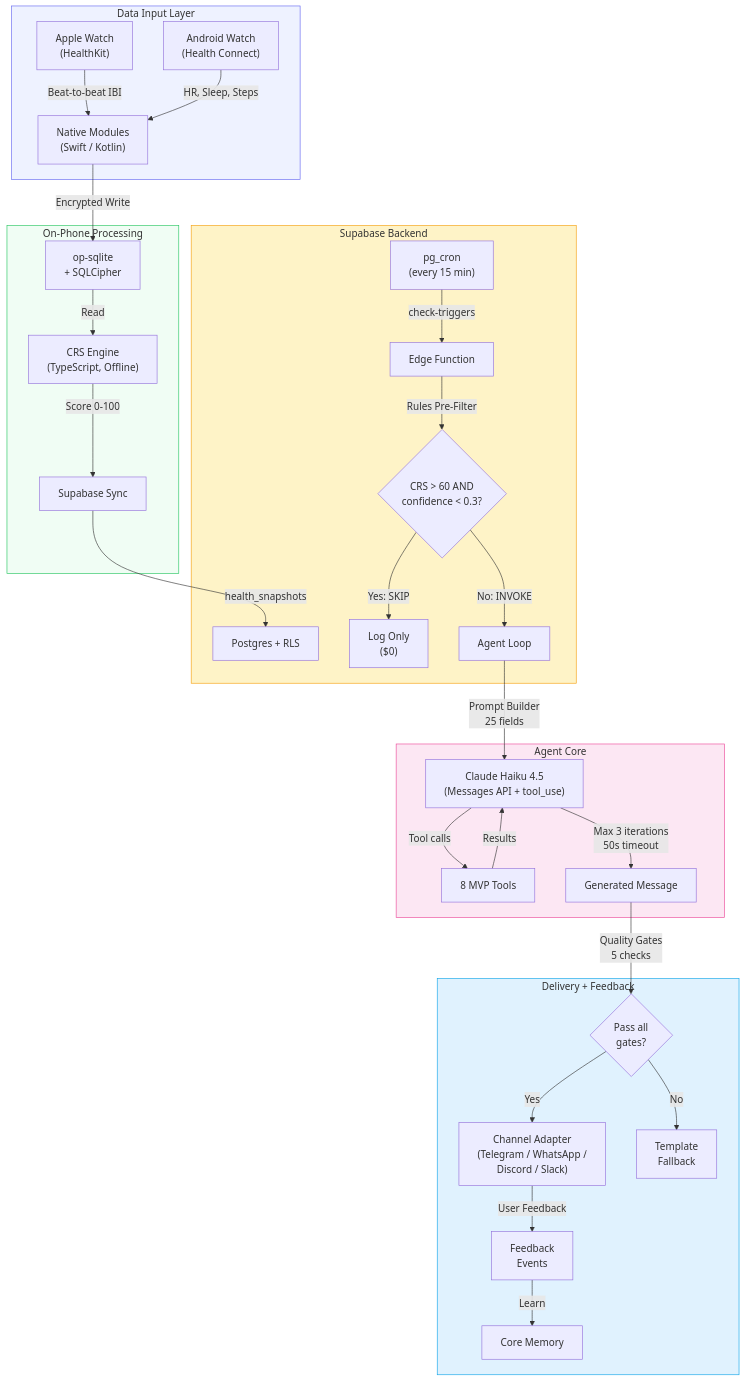
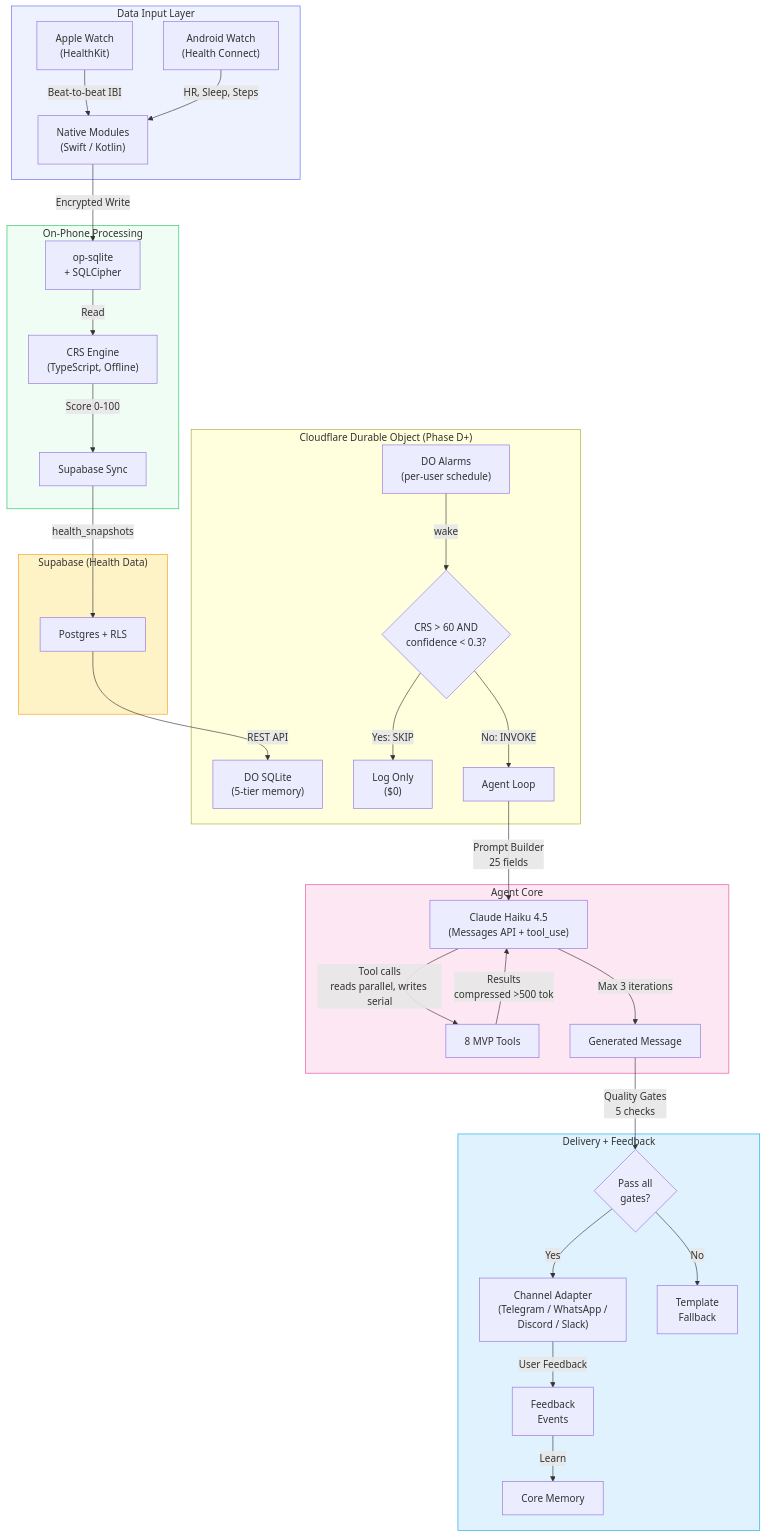
One commit to Pin4sf/Waldo changed the first of 15 diagrams in docs-site/architecture-glance.md. Above: the diagram before and after it, drawn with Mermaid. The commit also changed other lines of this file and 1924 other files, not shown here.

First line of the commit message:
docs: Session 4 — Claude Code reverse engineering + 2026 agent landscape + architecture upgrades

````diff
--- a/docs-site/architecture-glance.md
+++ b/docs-site/architecture-glance.md
@@ -7,42 +7,45 @@
 ```mermaid
 graph TB
     subgraph Input["Data Input Layer"]
         AW["Apple Watch<br/>(HealthKit)"] -->|Beat-to-beat IBI| NM["Native Modules<br/>(Swift / Kotlin)"]
         GW["Android Watch<br/>(Health Connect)"] -->|HR, Sleep, Steps| NM
     end
 
     subgraph Phone["On-Phone Processing"]
         NM -->|Encrypted Write| SQL["op-sqlite<br/>+ SQLCipher"]
         SQL -->|Read| CRS["CRS Engine<br/>(TypeScript, Offline)"]
         CRS -->|Score 0-100| SYNC["Supabase Sync"]
     end
 
-    subgraph Cloud["Supabase Backend"]
+    subgraph Cloud["Supabase (Health Data)"]
         SYNC -->|health_snapshots| PG["Postgres + RLS"]
-        CRON["pg_cron<br/>(every 15 min)"] -->|check-triggers| EF["Edge Function"]
-        EF -->|Rules Pre-Filter| DECIDE{CRS > 60 AND<br/>confidence < 0.3?}
+    end
+
+    subgraph DO["Cloudflare Durable Object (Phase D+)"]
+        PG -->|REST API| DOSQL["DO SQLite<br/>(5-tier memory)"]
+        ALARM["DO Alarms<br/>(per-user schedule)"] -->|wake| DECIDE{CRS > 60 AND<br/>confidence < 0.3?}
         DECIDE -->|Yes: SKIP| LOG["Log Only<br/>($0)"]
         DECIDE -->|No: INVOKE| AGENT["Agent Loop"]
     end
 
     subgraph AgentCore["Agent Core"]
         AGENT -->|Prompt Builder<br/>25 fields| HAIKU["Claude Haiku 4.5<br/>(Messages API + tool_use)"]
-        HAIKU -->|Tool calls| TOOLS["8 MVP Tools"]
-        TOOLS -->|Results| HAIKU
-        HAIKU -->|Max 3 iterations<br/>50s timeout| RESPONSE["Generated Message"]
+        HAIKU -->|Tool calls<br/>reads parallel, writes serial| TOOLS["8 MVP Tools"]
+        TOOLS -->|Results<br/>compressed >500 tok| HAIKU
+        HAIKU -->|Max 3 iterations| RESPONSE["Generated Message"]
     end
 
     subgraph Delivery["Delivery + Feedback"]
         RESPONSE -->|Quality Gates<br/>5 checks| GATE{Pass all<br/>gates?}
         GATE -->|Yes| TG["Channel Adapter<br/>(Telegram / WhatsApp /<br/>Discord / Slack)"]
         GATE -->|No| TEMPLATE["Template<br/>Fallback"]
         TG -->|User Feedback| FB["Feedback<br/>Events"]
         FB -->|Learn| MEM["Core Memory"]
     end
 
     style Input fill:#eef2ff,stroke:#6366f1
     style Phone fill:#f0fdf4,stroke:#22c55e
     style Cloud fill:#fef3c7,stroke:#f59e0b
     style AgentCore fill:#fce7f3,stroke:#ec4899
     style Delivery fill:#e0f2fe,stroke:#0ea5e9
 ```
````
